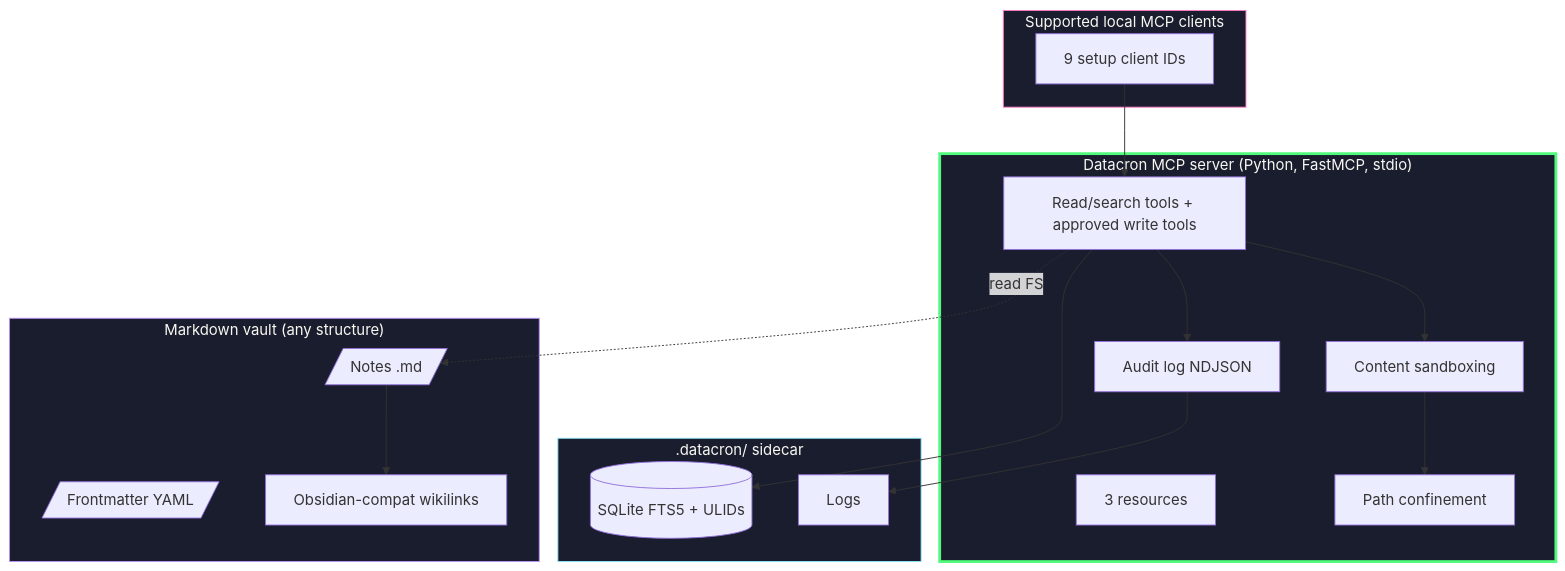
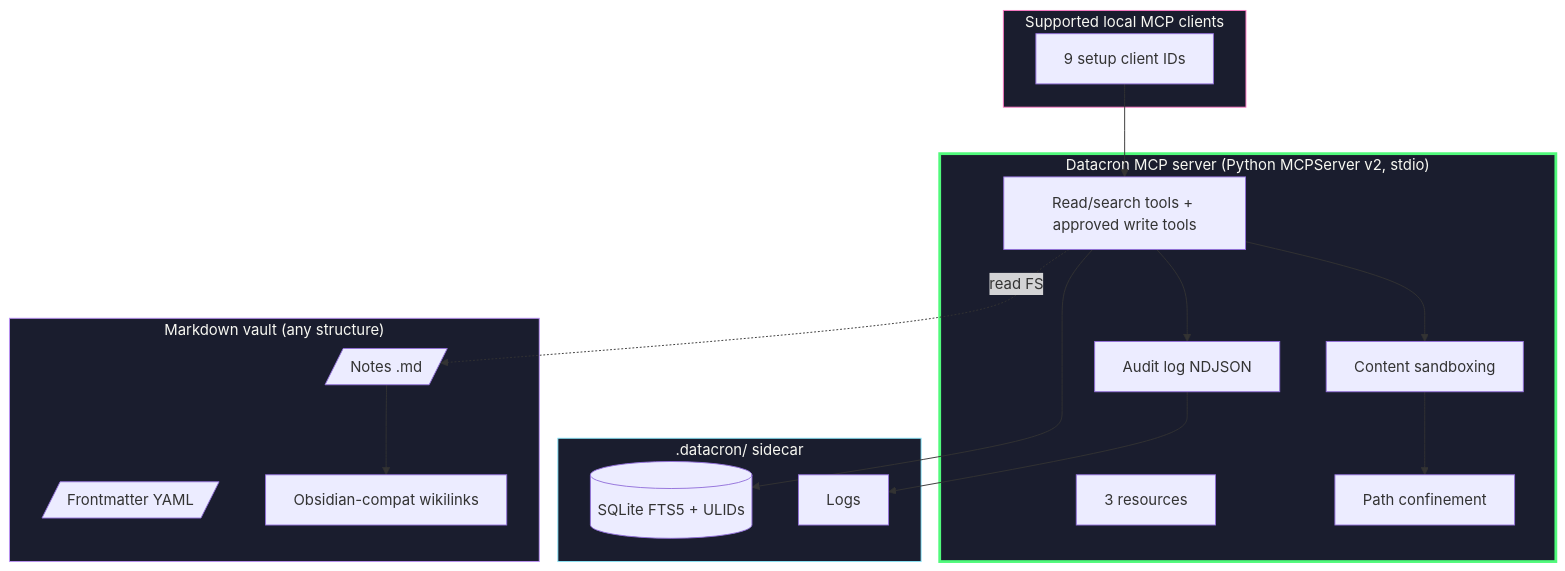
Before and after one commit to VBlackJack/Datacron: the first of 2 diagrams in docs/en/architecture.md, drawn with Mermaid. The commit also changed other lines of this file and 16 other files, not shown here.

````diff
--- a/docs/en/architecture.md
+++ b/docs/en/architecture.md
@@ -90,37 +96,37 @@
 ```mermaid
 flowchart TB
     subgraph CLIENTS["Supported local MCP clients"]
         CLIENT[9 setup client IDs]
     end
 
-    subgraph SERVER["Datacron MCP server (Python, FastMCP, stdio)"]
+    subgraph SERVER["Datacron MCP server (Python MCPServer v2, stdio)"]
         TOOLS[Read/search tools + approved write tools]
         RES[3 resources]
         SBX[Content sandboxing]
         CONF[Path confinement]
         AUD[Audit log NDJSON]
     end
 
     subgraph SIDE[".datacron/ sidecar"]
         DB[(SQLite FTS5 + ULIDs)]
         LOGS[Logs]
     end
 
     subgraph VAULT["Markdown vault (any structure)"]
         NOTES[/Notes .md/]
         FM[/Frontmatter YAML/]
         WL[Obsidian-compat wikilinks]
     end
 
     CLIENT --> TOOLS
     TOOLS --> SBX --> CONF
     TOOLS --> DB
     TOOLS -.read FS.-> NOTES
     NOTES --> WL
     TOOLS --> AUD --> LOGS
 
     style SERVER fill:#1a1d2e,stroke:#50fa7b,color:#f8f8f2,stroke-width:3px
     style VAULT fill:#1a1d2e,stroke:#bd93f9,color:#f8f8f2
     style SIDE fill:#1a1d2e,stroke:#8be9fd,color:#f8f8f2
     style CLIENTS fill:#1a1d2e,stroke:#ff79c6,color:#f8f8f2
 ```
````
